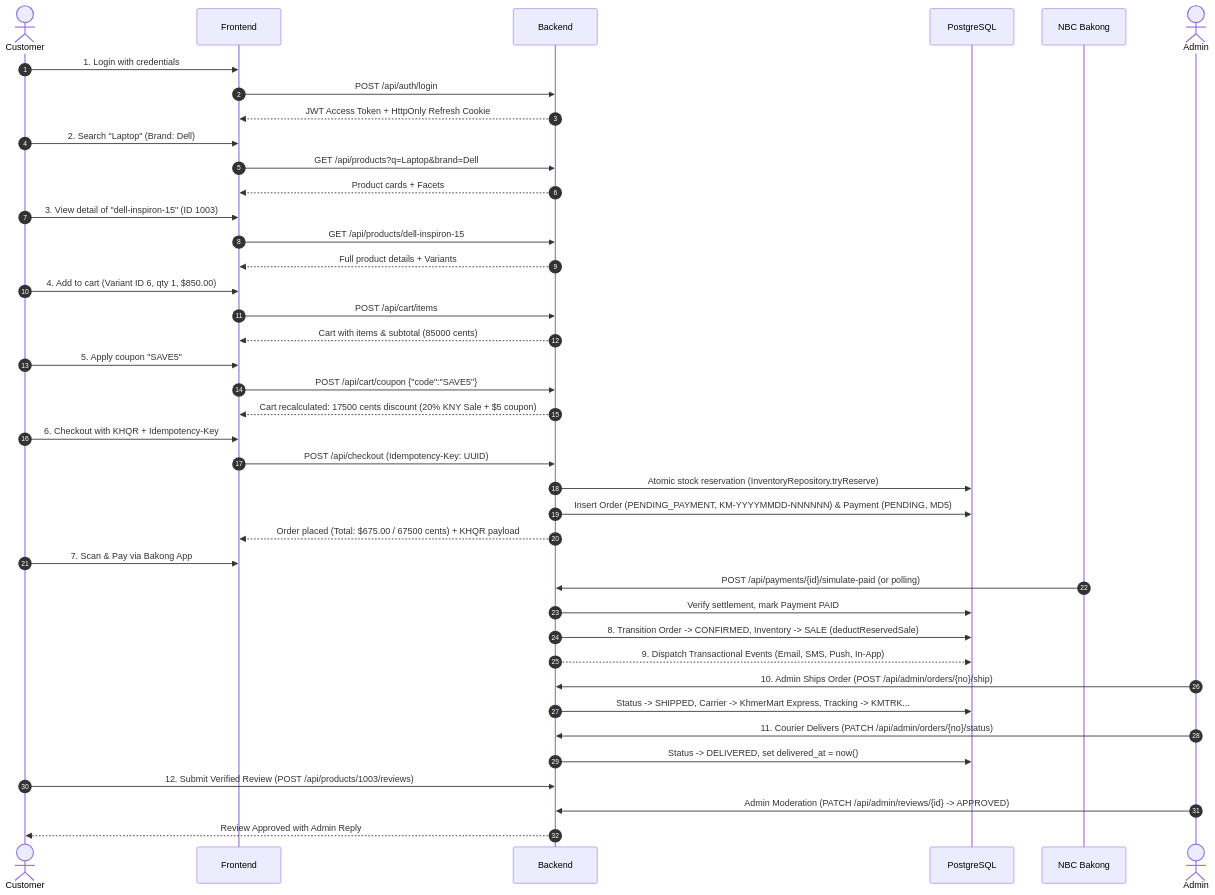
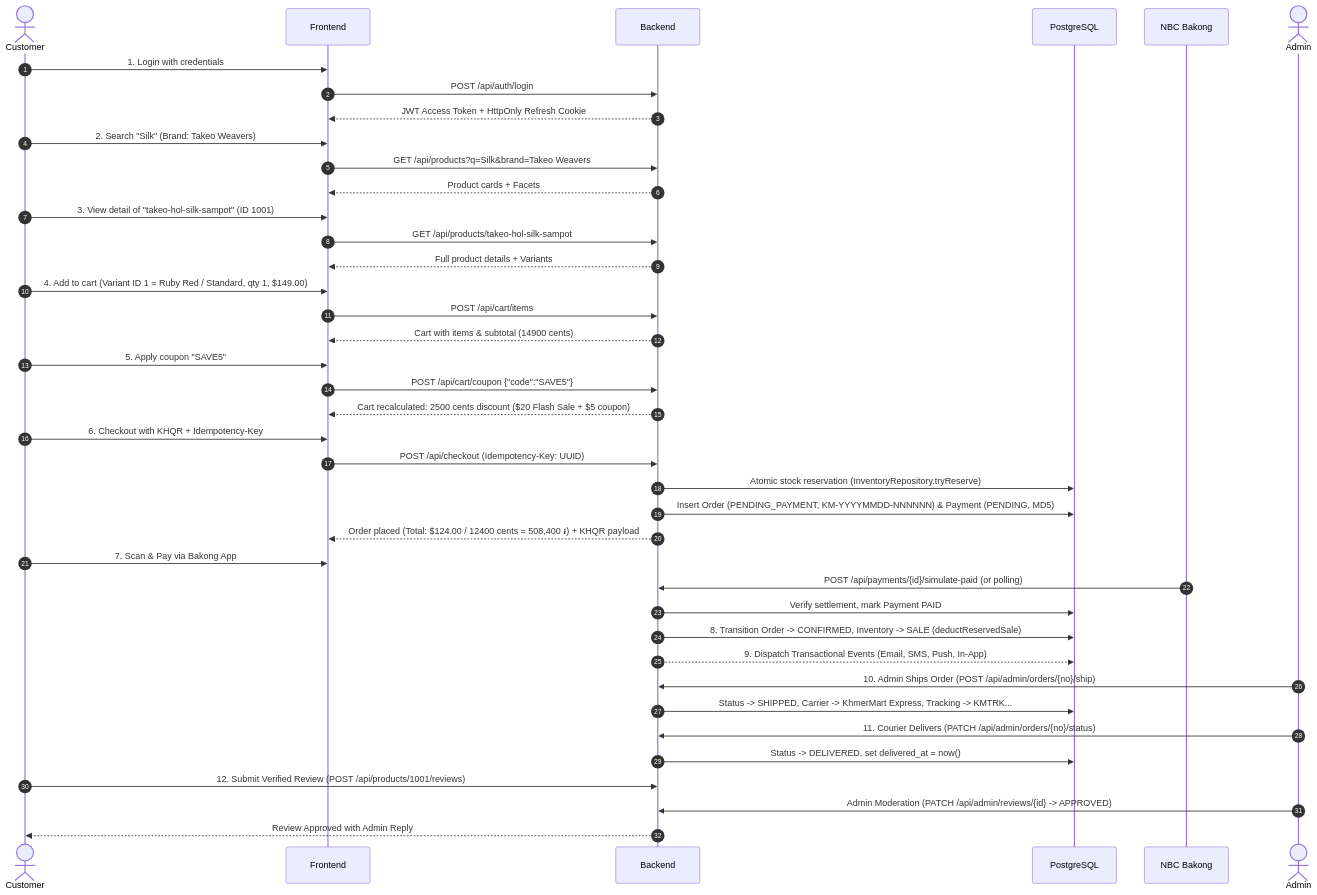
The diagram in docs/PURCHASE_FLOW.md (Sopheak14/khmerMartECOM), drawn with Mermaid before and after one commit. The commit also changed other lines of this file and 18 other files, not shown here.

````diff
--- a/docs/PURCHASE_FLOW.md
+++ b/docs/PURCHASE_FLOW.md
@@ -9,53 +9,53 @@
 ```mermaid
 sequenceDiagram
     autonumber
     actor Customer
     participant Frontend
     participant Backend
     participant DB as PostgreSQL
     participant Bakong as NBC Bakong
     actor Admin
 
     Customer->>Frontend: 1. Login with credentials
     Frontend->>Backend: POST /api/auth/login
     Backend-->>Frontend: JWT Access Token + HttpOnly Refresh Cookie
 
-    Customer->>Frontend: 2. Search "Laptop" (Brand: Dell)
-    Frontend->>Backend: GET /api/products?q=Laptop&brand=Dell
+    Customer->>Frontend: 2. Search "Silk" (Brand: Takeo Weavers)
+    Frontend->>Backend: GET /api/products?q=Silk&brand=Takeo Weavers
     Backend-->>Frontend: Product cards + Facets
 
-    Customer->>Frontend: 3. View detail of "dell-inspiron-15" (ID 1003)
-    Frontend->>Backend: GET /api/products/dell-inspiron-15
+    Customer->>Frontend: 3. View detail of "takeo-hol-silk-sampot" (ID 1001)
+    Frontend->>Backend: GET /api/products/takeo-hol-silk-sampot
     Backend-->>Frontend: Full product details + Variants
 
-    Customer->>Frontend: 4. Add to cart (Variant ID 6, qty 1, $850.00)
+    Customer->>Frontend: 4. Add to cart (Variant ID 1 = Ruby Red / Standard, qty 1, $149.00)
     Frontend->>Backend: POST /api/cart/items
-    Backend-->>Frontend: Cart with items & subtotal (85000 cents)
+    Backend-->>Frontend: Cart with items & subtotal (14900 cents)
 
     Customer->>Frontend: 5. Apply coupon "SAVE5"
     Frontend->>Backend: POST /api/cart/coupon {"code":"SAVE5"}
-    Backend-->>Frontend: Cart recalculated: 17500 cents discount (20% KNY Sale + $5 coupon)
+    Backend-->>Frontend: Cart recalculated: 2500 cents discount ($20 Flash Sale + $5 coupon)
 
     Customer->>Frontend: 6. Checkout with KHQR + Idempotency-Key
     Frontend->>Backend: POST /api/checkout (Idempotency-Key: UUID)
     Backend->>DB: Atomic stock reservation (InventoryRepository.tryReserve)
     Backend->>DB: Insert Order (PENDING_PAYMENT, KM-YYYYMMDD-NNNNNN) & Payment (PENDING, MD5)
-    Backend-->>Frontend: Order placed (Total: $675.00 / 67500 cents) + KHQR payload
+    Backend-->>Frontend: Order placed (Total: $124.00 / 12400 cents = 508,400 ៛) + KHQR payload
 
     Customer->>Frontend: 7. Scan & Pay via Bakong App
     Bakong->>Backend: POST /api/payments/{id}/simulate-paid (or polling)
     Backend->>DB: Verify settlement, mark Payment PAID
 
     Backend->>DB: 8. Transition Order -> CONFIRMED, Inventory -> SALE (deductReservedSale)
     Backend-->>DB: 9. Dispatch Transactional Events (Email, SMS, Push, In-App)
 
     Admin->>Backend: 10. Admin Ships Order (POST /api/admin/orders/{no}/ship)
     Backend->>DB: Status -> SHIPPED, Carrier -> KhmerMart Express, Tracking -> KMTRK...
 
     Admin->>Backend: 11. Courier Delivers (PATCH /api/admin/orders/{no}/status)
     Backend->>DB: Status -> DELIVERED, set delivered_at = now()
 
-    Customer->>Backend: 12. Submit Verified Review (POST /api/products/1003/reviews)
+    Customer->>Backend: 12. Submit Verified Review (POST /api/products/1001/reviews)
     Admin->>Backend: Admin Moderation (PATCH /api/admin/reviews/{id} -> APPROVED)
     Backend-->>Customer: Review Approved with Admin Reply
 ```
````
